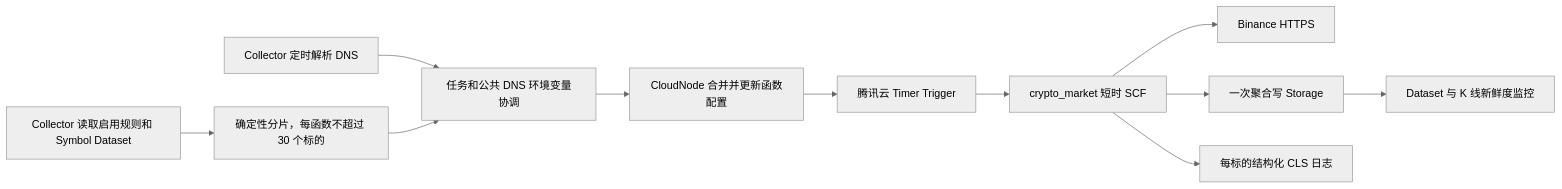
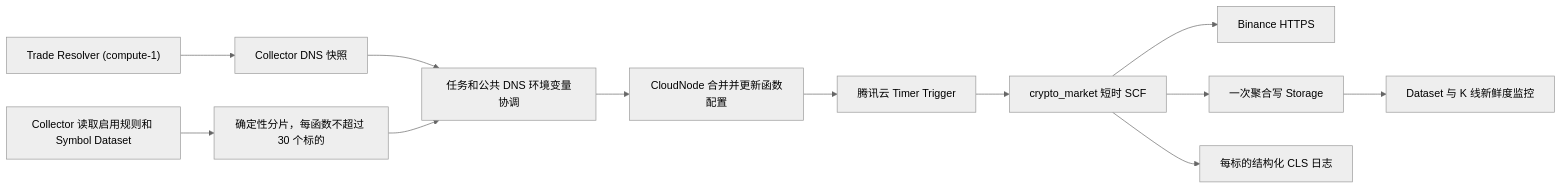
The diagram in docs/architecture/scf-short-lived-market-fetch.md (mooyang-code/moox), drawn with Mermaid (neutral theme) before and after one commit. The commit also changed other lines of this file and 145 other files, not shown here.

````diff
--- a/docs/architecture/scf-short-lived-market-fetch.md
+++ b/docs/architecture/scf-short-lived-market-fetch.md
@@ -17,13 +17,14 @@
 ```mermaid
 flowchart LR
   Rule["Collector 读取启用规则和 Symbol Dataset"] --> Assign["确定性分片，每函数不超过 30 个标的"]
-  DNS["Collector 定时解析 DNS"] --> Reconcile["任务和公共 DNS 环境变量协调"]
+  TradeDNS["Trade Resolver (compute-1)"] --> DNS["Collector DNS 快照"]
+  DNS --> Reconcile["任务和公共 DNS 环境变量协调"]
   Assign --> Reconcile
   Reconcile --> CloudNode["CloudNode 合并并更新函数配置"]
   CloudNode --> Timer["腾讯云 Timer Trigger"]
   Timer --> SCF["crypto_market 短时 SCF"]
   SCF --> Binance["Binance HTTPS"]
   SCF --> Storage["一次聚合写 Storage"]
   Storage --> Monitor["Dataset 与 K 线新鲜度监控"]
   SCF --> CLS["每标的结构化 CLS 日志"]
 ```
````
